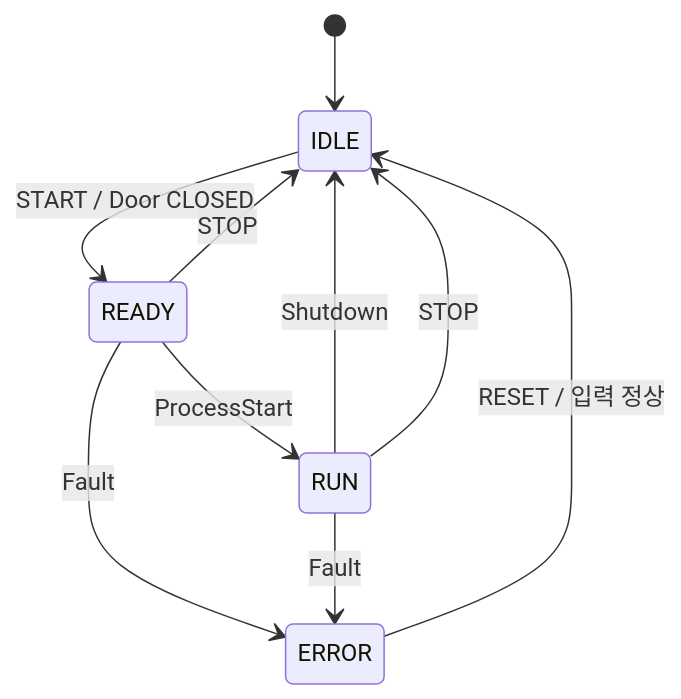
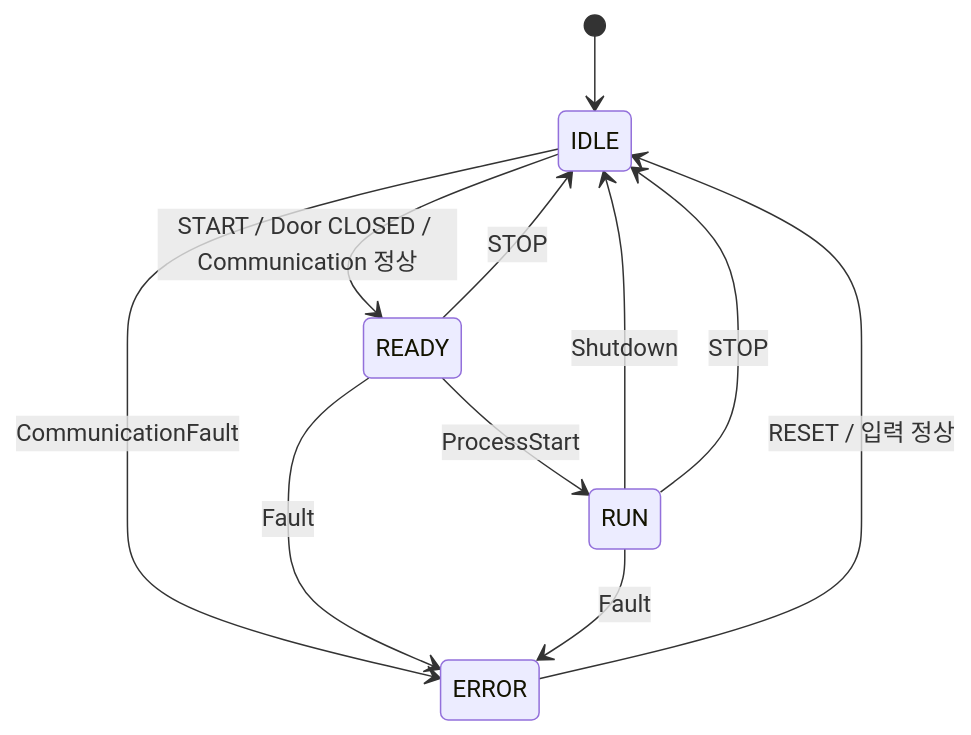
One commit to triton0305/cpp-equipment-controller changed the second of 2 diagrams in README.md. Above: the diagram before and after it, drawn with Mermaid. The commit also changed other lines of this file, not shown here.

````diff
--- a/README.md
+++ b/README.md
@@ -151,12 +161,13 @@
 ```mermaid
 stateDiagram-v2
     [*] --> IDLE
-    IDLE --> READY: START / Door CLOSED
+    IDLE --> READY: START / Door CLOSED / Communication 정상
     READY --> RUN: ProcessStart
     RUN --> IDLE: Shutdown
     READY --> IDLE: STOP
     RUN --> IDLE: STOP
+    IDLE --> ERROR: CommunicationFault
     READY --> ERROR: Fault
     RUN --> ERROR: Fault
     ERROR --> IDLE: RESET / 입력 정상
 ```
````
